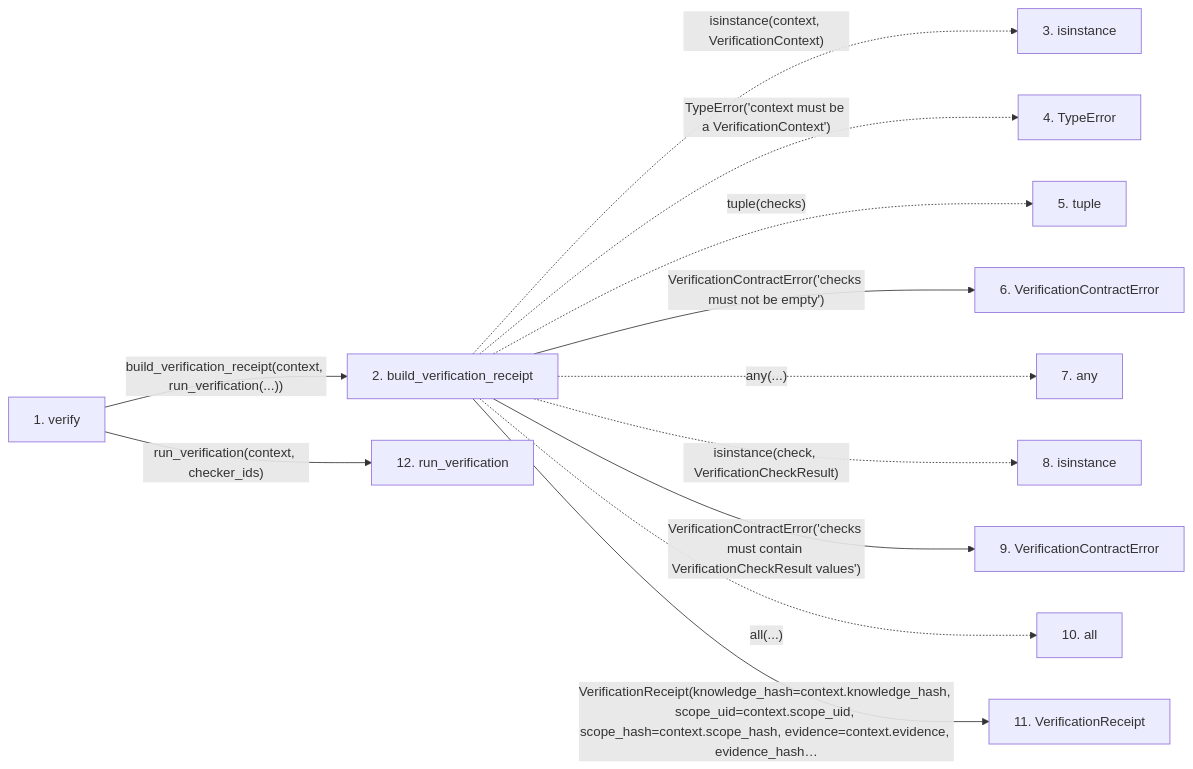
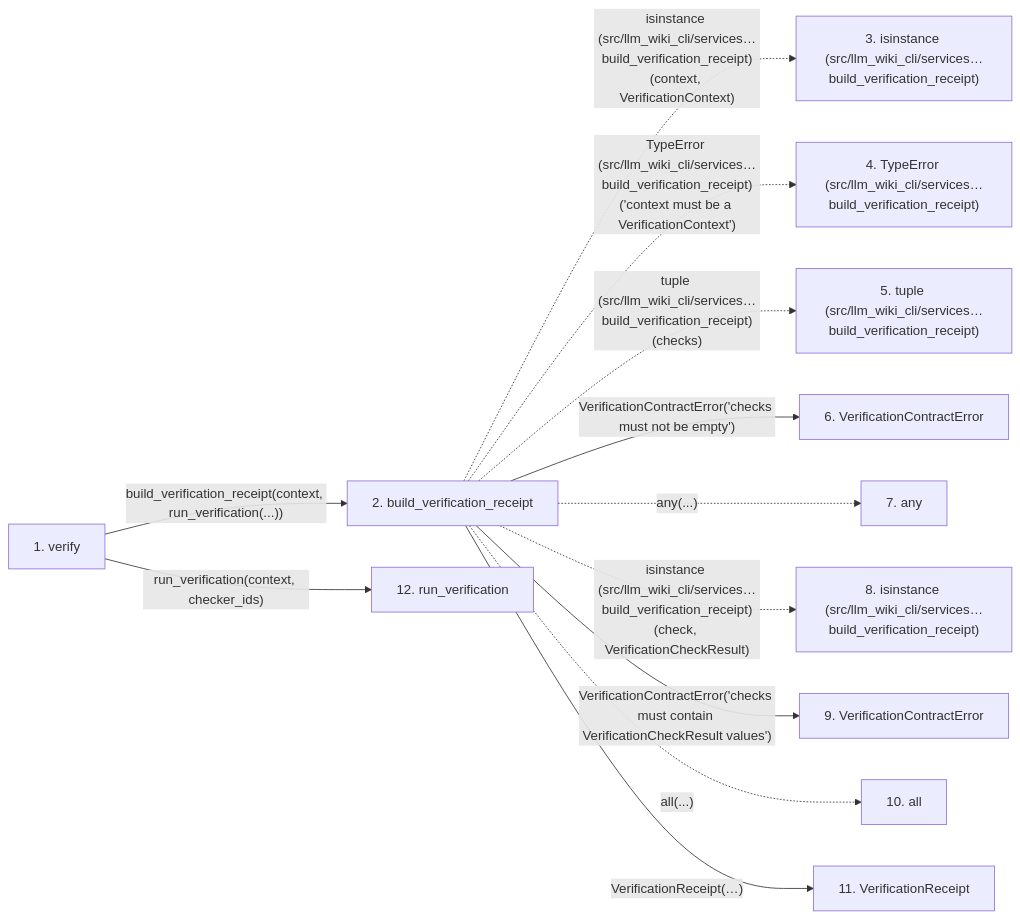
The second of 2 diagrams in docs/llm_wiki/flows/api-verify.md (Denissvgn/python-wiki-llm), drawn with Mermaid before and after one commit. The commit also changed other lines of this file and 719 other files, not shown here.

````diff
--- a/docs/llm_wiki/flows/api-verify.md
+++ b/docs/llm_wiki/flows/api-verify.md
@@ -65,32 +70,32 @@
 ```mermaid
 flowchart LR
     s1["1. verify"]
     s2["2. build_verification_receipt"]
-    s3["3. isinstance"]
-    s4["4. TypeError"]
-    s5["5. tuple"]
+    s3["3. isinstance (src/llm_wiki_cli/services…build_verification_receipt)"]
+    s4["4. TypeError (src/llm_wiki_cli/services…build_verification_receipt)"]
+    s5["5. tuple (src/llm_wiki_cli/services…build_verification_receipt)"]
     s6["6. VerificationContractError"]
     s7["7. any"]
-    s8["8. isinstance"]
+    s8["8. isinstance (src/llm_wiki_cli/services…build_verification_receipt)"]
     s9["9. VerificationContractError"]
     s10["10. all"]
     s11["11. VerificationReceipt"]
     s12["12. run_verification"]
     s1 -->|"build_verification_receipt(context, run_verification(...))"| s2
-    s2 -. "isinstance(context, VerificationContext)" .-> s3
-    s2 -. "TypeError('context must be a VerificationContext')" .-> s4
-    s2 -. "tuple(checks)" .-> s5
+    s2 -. "isinstance (src/llm_wiki_cli/services…build_verification_receipt)(context, VerificationContext)" .-> s3
+    s2 -. "TypeError (src/llm_wiki_cli/services…build_verification_receipt)('context must be a VerificationContext')" .-> s4
+    s2 -. "tuple (src/llm_wiki_cli/services…build_verification_receipt)(checks)" .-> s5
     s2 -->|"VerificationContractError('checks must not be empty')"| s6
     s2 -. "any(...)" .-> s7
-    s2 -. "isinstance(check, VerificationCheckResult)" .-> s8
+    s2 -. "isinstance (src/llm_wiki_cli/services…build_verification_receipt)(check, VerificationCheckResult)" .-> s8
     s2 -->|"VerificationContractError('checks must contain VerificationCheckResult values')"| s9
     s2 -. "all(...)" .-> s10
-    s2 -->|"VerificationReceipt(knowledge_hash=context.knowledge_hash, scope_uid=context.scope_uid, scope_hash=context.scope_hash, evidence=context.evidence, evidence_hash…"| s11
+    s2 -->|"VerificationReceipt(…)"| s11
     s1 -->|"run_verification(context, checker_ids)"| s12
     click s1 "../modules/verification_contracts.md"
     click s2 "../modules/verification_contracts.md"
     click s6 "../modules/verification_contracts.md"
     click s9 "../modules/verification_contracts.md"
     click s11 "../modules/verification_contracts.md"
     click s12 "../modules/verification_contracts.md"
 ```
````
